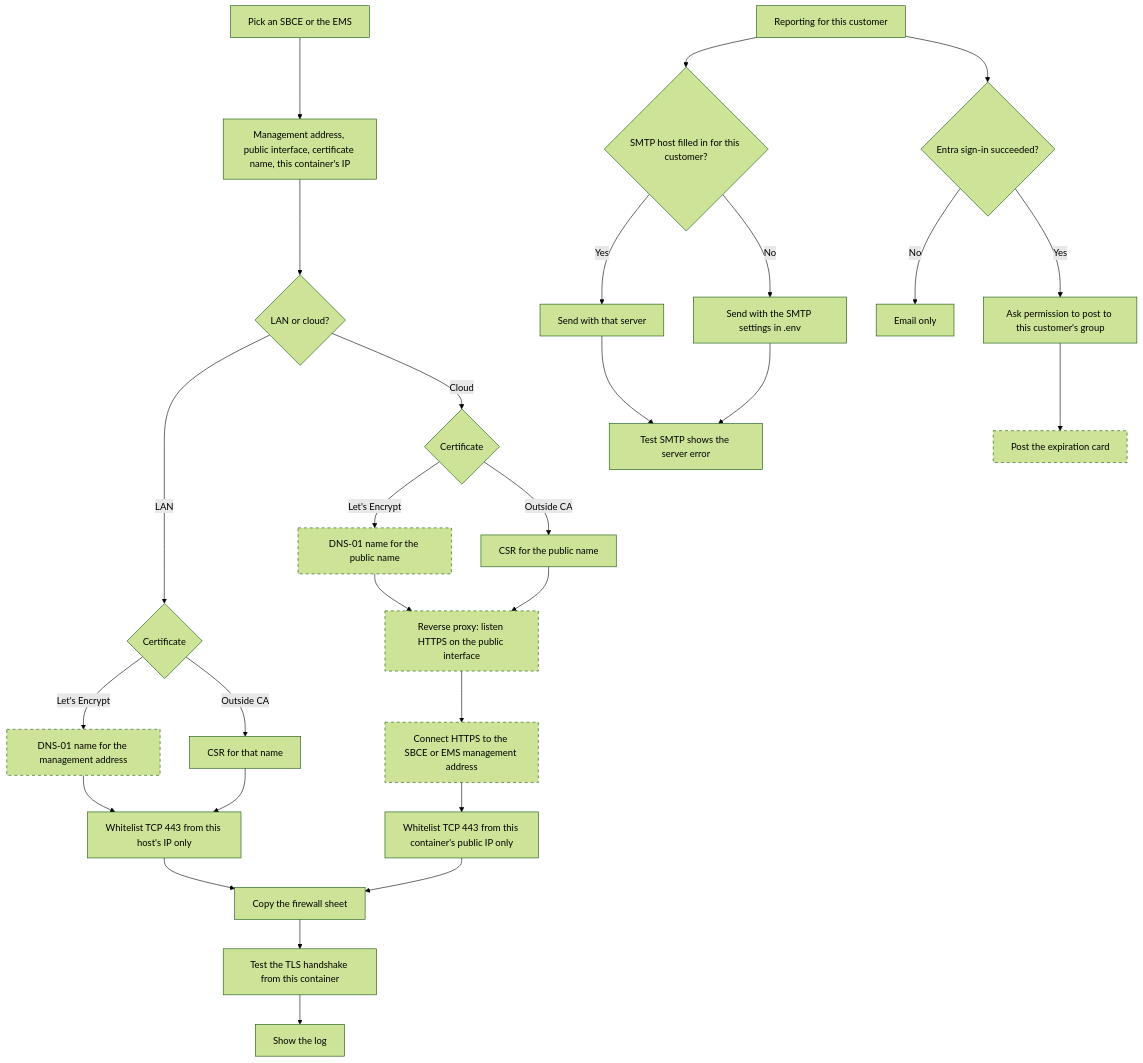
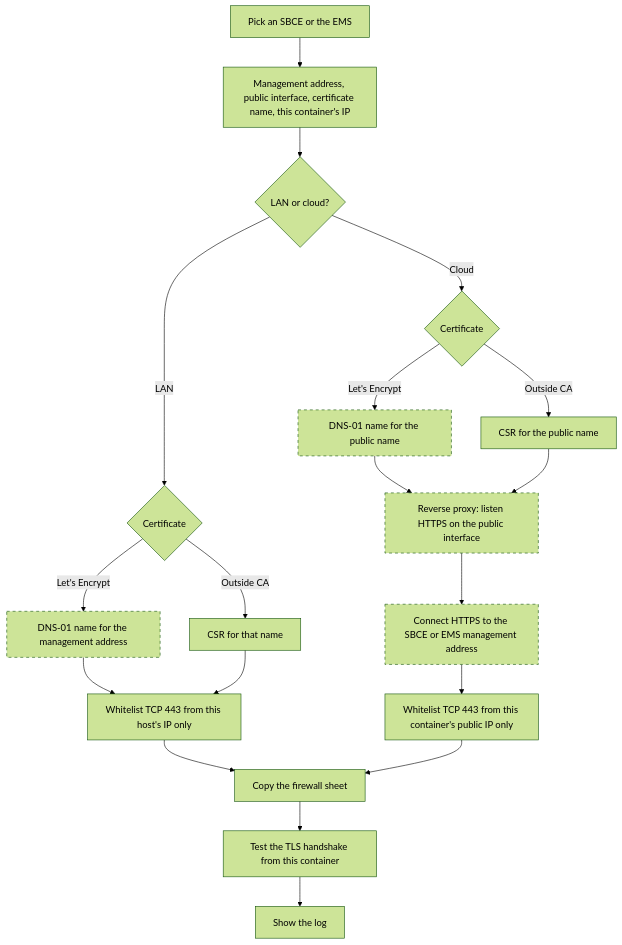
Before and after one commit to bmiles-git/avaya-sbce-manager: the third of 4 diagrams in README.md, drawn with Mermaid (forest theme). The commit also changed other lines of this file, not shown here.

Commit message:
Add the alarm, reminder, and mail options to the flow.

````diff
--- a/README.md
+++ b/README.md
@@ -85,34 +85,24 @@
 ```mermaid
 flowchart TD
   reach[Pick an SBCE or the EMS]
   reach --> details[Management address, public interface, certificate name, this container's IP]
   details --> method{LAN or cloud?}
   method -->|LAN| lancert{Certificate}
   method -->|Cloud| cloudcert{Certificate}
   lancert -->|Let's Encrypt| lancname[DNS-01 name for the management address]
   lancert -->|Outside CA| lancsr[CSR for that name]
   cloudcert -->|Let's Encrypt| cname[DNS-01 name for the public name]
   cloudcert -->|Outside CA| csr[CSR for the public name]
   lancname --> lanallow[Whitelist TCP 443 from this host's IP only]
   lancsr --> lanallow
   cname --> relay[Reverse proxy: listen HTTPS on the public interface]
   csr --> relay
   relay --> inside[Connect HTTPS to the SBCE or EMS management address]
   inside --> cloudallow[Whitelist TCP 443 from this container's public IP only]
   lanallow --> sheet[Copy the firewall sheet]
   cloudallow --> sheet
   sheet --> probe[Test the TLS handshake from this container]
   probe --> log[Show the log]
-  report[Reporting for this customer]
-  report --> smtp{SMTP host filled in for this customer?}
-  smtp -->|Yes| customerMail[Send with that server]
-  smtp -->|No| hostMail[Send with the SMTP settings in .env]
-  customerMail --> test[Test SMTP shows the server error]
-  hostMail --> test
-  report --> signed{Entra sign-in succeeded?}
-  signed -->|No| mailOnly[Email only]
-  signed -->|Yes| consent[Ask permission to post to this customer's group]
-  consent --> teams[Post the expiration card]
-  class lancname,cname,relay,inside,teams gap
+  class lancname,cname,relay,inside gap
   classDef gap stroke-dasharray: 5 5
 ```
````
